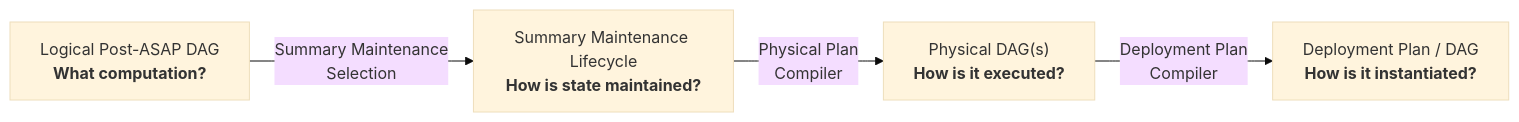
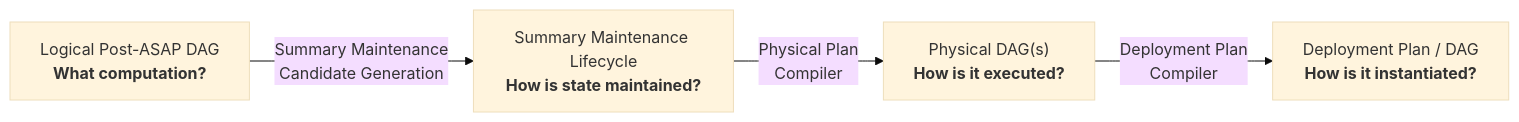
Before and after one commit to ProjectASAP/ASAPPlanner: the diagram in docs/design_docs/physical-planning-and-deployment.md, drawn with Mermaid (base theme). The commit also changed other lines of this file, not shown here.

Commit message:
docs: define physical candidate handoff and deployment selection ownership

````diff
--- a/docs/design_docs/physical-planning-and-deployment.md
+++ b/docs/design_docs/physical-planning-and-deployment.md
@@ -7,11 +7,11 @@
 ```mermaid
 flowchart LR
     L["Logical Post-ASAP DAG<br/><b>What computation?</b>"]
     M["Summary Maintenance Lifecycle<br/><b>How is state maintained?</b>"]
     P["Physical DAG(s)<br/><b>How is it executed?</b>"]
     D["Deployment Plan / DAG<br/><b>How is it instantiated?</b>"]
 
-    L -->|"Summary Maintenance<br/>Selection"| M
+    L -->|"Summary Maintenance<br/>Candidate Generation"| M
     M -->|"Physical Plan<br/>Compiler"| P
     P -->|"Deployment Plan<br/>Compiler"| D
 ```
````
